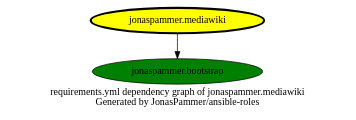
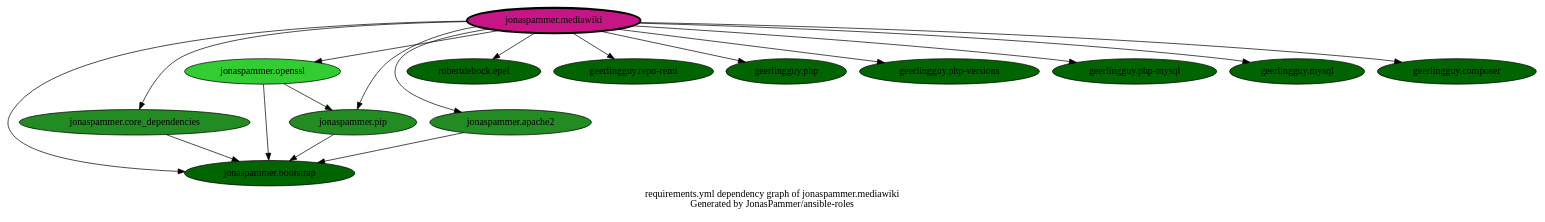
The diagram in graphs/dependencies_mediawiki.dot (JonasPammer/ansible-roles), drawn with Graphviz before and after one commit. The commit also changed 33 other files, not shown here.

```diff
--- a/graphs/dependencies_mediawiki.dot
+++ b/graphs/dependencies_mediawiki.dot
@@ -1,13 +1,28 @@
 // This file is generated from `templates/dependencies_single.adoc.jinja2` by Github CI, all local changes will be lost eventually.
 digraph hierarchy {
   label = "requirements.yml dependency graph of jonaspammer.mediawiki \n Generated by JonasPammer/ansible-roles" ;
   overlap=false
 
   {
-    "jonaspammer.mediawiki" [fillcolor=yellow style=filled penwidth=3]
-    "jonaspammer.bootstrap" [fillcolor=green style=filled ]
+    "jonaspammer.mediawiki" [fillcolor=mediumvioletred style=filled penwidth=3]
+    "jonaspammer.bootstrap" [fillcolor=darkgreen style=filled ]
+    "jonaspammer.core_dependencies" [fillcolor=forestgreen style=filled ]
+    "jonaspammer.openssl" [fillcolor=limegreen style=filled ]
+    "jonaspammer.pip" [fillcolor=forestgreen style=filled ]
+    "jonaspammer.apache2" [fillcolor=forestgreen style=filled ]
+    "robertdebock.epel" [fillcolor=darkgreen style=filled ]
+    "geerlingguy.repo-remi" [fillcolor=darkgreen style=filled ]
+    "geerlingguy.php" [fillcolor=darkgreen style=filled ]
+    "geerlingguy.php-versions" [fillcolor=darkgreen style=filled ]
+    "geerlingguy.php-mysql" [fillcolor=darkgreen style=filled ]
+    "geerlingguy.mysql" [fillcolor=darkgreen style=filled ]
+    "geerlingguy.composer" [fillcolor=darkgreen style=filled ]
   }
 
 
-  "jonaspammer.mediawiki" -> {"jonaspammer.bootstrap"}
+  "jonaspammer.mediawiki" -> {"jonaspammer.bootstrap" "jonaspammer.core_dependencies" "jonaspammer.openssl" "jonaspammer.pip" "jonaspammer.apache2" "robertdebock.epel" "geerlingguy.repo-remi" "geerlingguy.php" "geerlingguy.php-versions" "geerlingguy.php-mysql" "geerlingguy.mysql" "geerlingguy.composer"}
+  "jonaspammer.core_dependencies" -> {"jonaspammer.bootstrap"}
+  "jonaspammer.openssl" -> {"jonaspammer.pip" "jonaspammer.bootstrap"}
+  "jonaspammer.pip" -> {"jonaspammer.bootstrap"}
+  "jonaspammer.apache2" -> {"jonaspammer.bootstrap"}
 }
```
